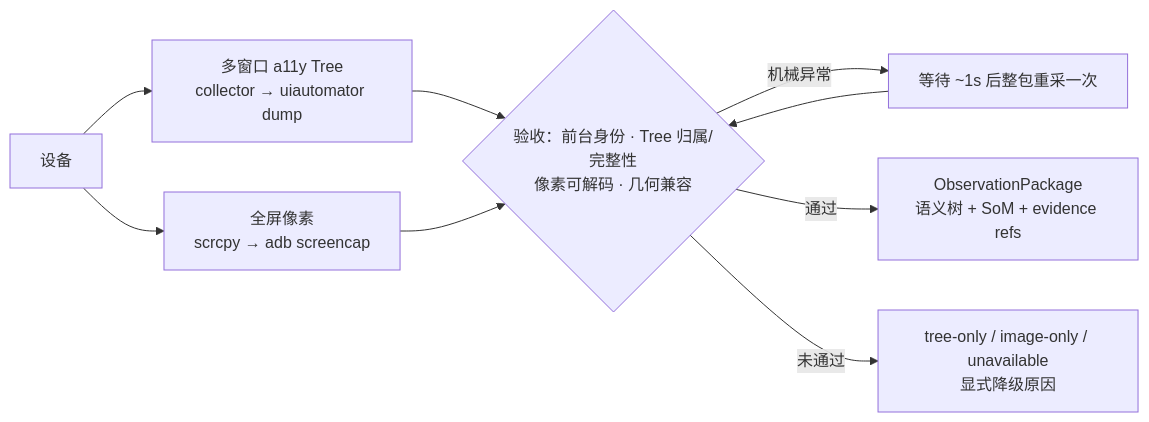
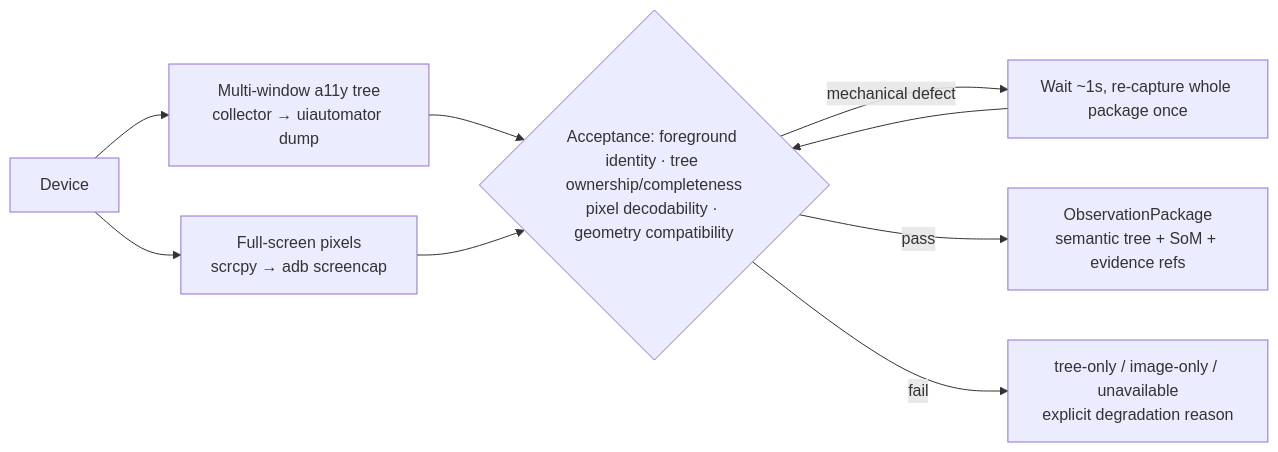
Before and after one commit to LordRosenberg/ClickClick: the fifth of 5 diagrams in README.md, drawn with Mermaid. The commit also changed other lines of this file and 55 other files, not shown here.

````diff
--- a/README.md
+++ b/README.md
@@ -240,11 +234,11 @@
 ```mermaid
 flowchart LR
-  Dev["设备"] --> Tree["多窗口 a11y Tree<br/>collector → uiautomator dump"]
-  Dev --> Pixels["全屏像素<br/>scrcpy → adb screencap"]
-  Tree --> Accept{"验收：前台身份 · Tree 归属/完整性<br/>像素可解码 · 几何兼容"}
+  Dev["Device"] --> Tree["Multi-window a11y tree<br/>collector → uiautomator dump"]
+  Dev --> Pixels["Full-screen pixels<br/>scrcpy → adb screencap"]
+  Tree --> Accept{"Acceptance: foreground identity · tree ownership/completeness<br/>pixel decodability · geometry compatibility"}
   Pixels --> Accept
-  Accept -->|机械异常| Resample["等待 ~1s 后整包重采一次"]
+  Accept -->|mechanical defect| Resample["Wait ~1s, re-capture whole package once"]
   Resample --> Accept
-  Accept -->|通过| Package["ObservationPackage<br/>语义树 + SoM + evidence refs"]
-  Accept -->|未通过| Degraded["tree-only / image-only / unavailable<br/>显式降级原因"]
+  Accept -->|pass| Package["ObservationPackage<br/>semantic tree + SoM + evidence refs"]
+  Accept -->|fail| Degraded["tree-only / image-only / unavailable<br/>explicit degradation reason"]
 ```
````
